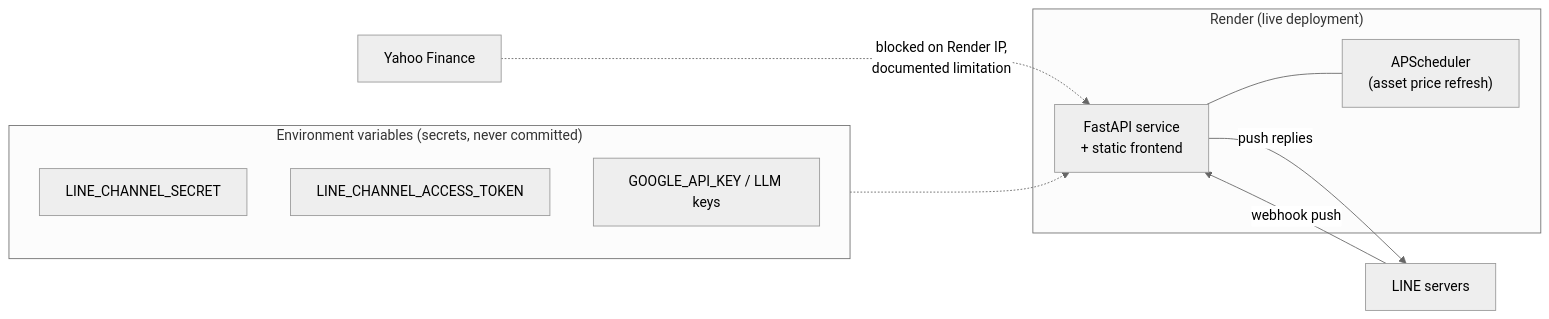
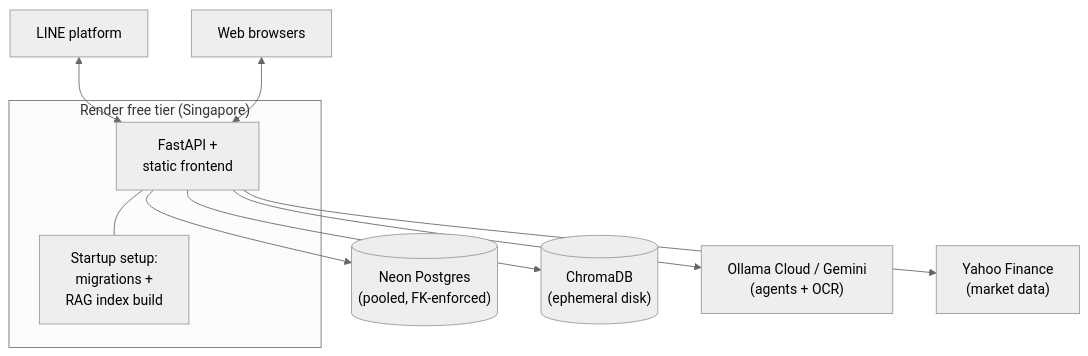
Diagram 20 of 23 in docs/diagrams.md (pakkaphon-tangtonglang/agenticaiforpersonalfinance), drawn with Mermaid (neutral theme) before and after one commit. The commit also changed other lines of this file, not shown here.

Commit message:
docs(diagrams): human-readable labels with technical terms kept; recover scrambled sections

````diff
--- a/docs/diagrams.md
+++ b/docs/diagrams.md
@@ -262,17 +591,13 @@
 ```mermaid
-flowchart LR
-    subgraph render["Render (live deployment)"]
-        SVC["FastAPI service<br/>+ static frontend"]
-        SCHED["APScheduler<br/>(asset price refresh)"]
-        SVC --- SCHED
+flowchart TB
+    L["LINE platform"] <--> APP
+    W["Web browsers"] <--> APP
+    subgraph R["Render free tier (Singapore)"]
+        APP["FastAPI +<br/>static frontend"]
+        APP --- BOOT["Startup setup:<br/>migrations +<br/>RAG index build"]
     end
-    subgraph env["Environment variables (secrets, never committed)"]
-        SECRET["LINE_CHANNEL_SECRET"]
-        TOKEN["LINE_CHANNEL_ACCESS_TOKEN"]
-        KEY["GOOGLE_API_KEY / LLM keys"]
-    end
-    LINE["LINE servers"] -->|webhook push| SVC
-    SVC -->|push replies| LINE
-    YF["Yahoo Finance"] -.->|blocked on Render IP,<br/>documented limitation| SVC
-    env -.-> SVC
+    APP --> PG[("Neon Postgres<br/>(pooled, FK-enforced)")]
+    APP --> CH[("ChromaDB<br/>(ephemeral disk)")]
+    APP --> LLM["Ollama Cloud / Gemini<br/>(agents + OCR)"]
+    APP --> YF["Yahoo Finance<br/>(market data)"]
 ```
````
